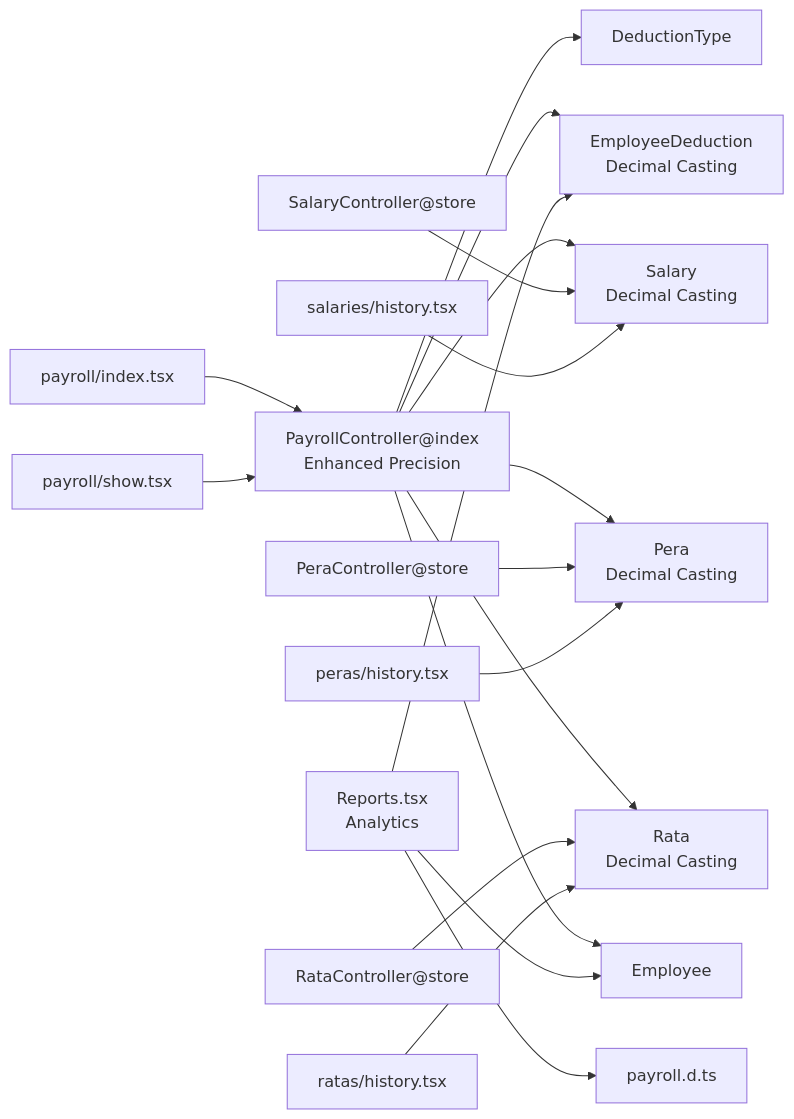
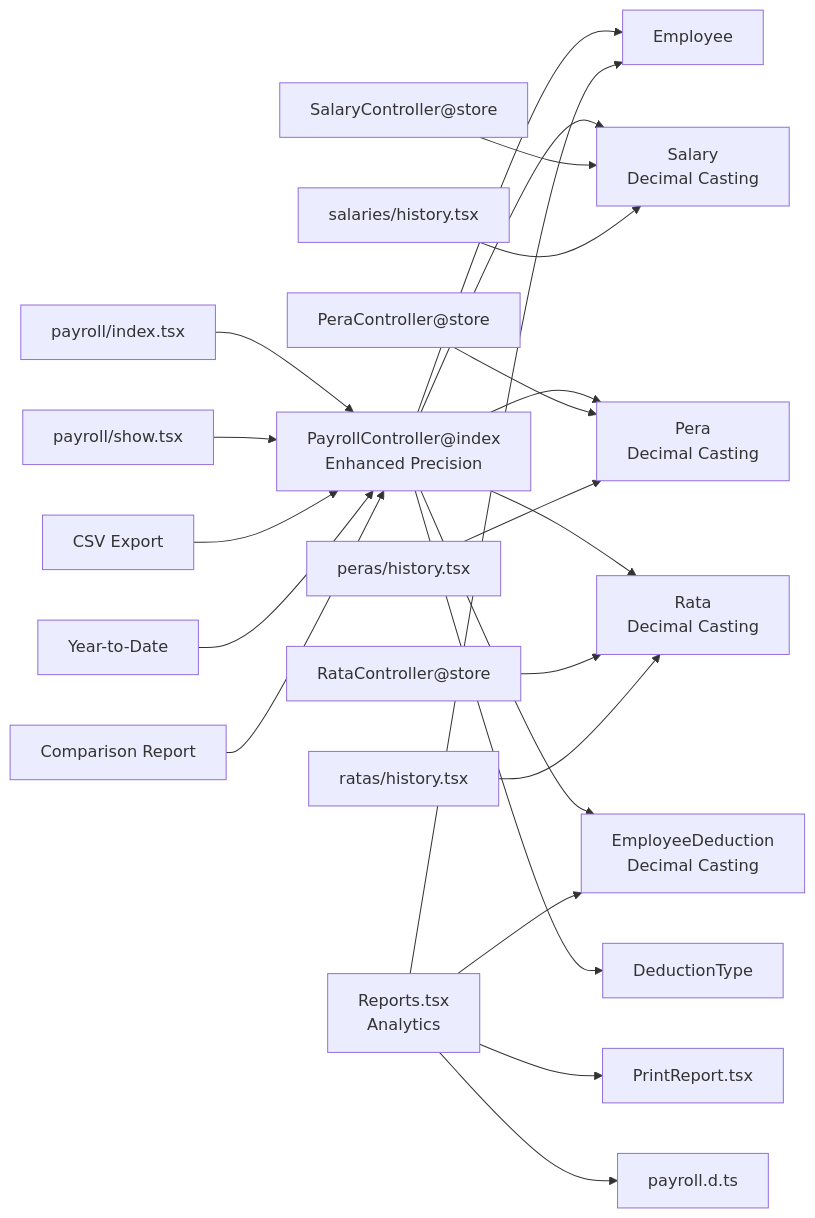
Diagram 11 of 11 in .qoder/repowiki/en/content/Payroll System/Payroll System.md (vincet0t15/template), drawn with Mermaid before and after one commit. The commit also changed other lines of this file and 6 other files, not shown here.

````diff
--- a/.qoder/repowiki/en/content/Payroll System/Payroll System.md
+++ b/.qoder/repowiki/en/content/Payroll System/Payroll System.md
@@ -602,20 +735,24 @@
 ```mermaid
 graph LR
 PI["payroll/index.tsx"] --> PC["PayrollController@index<br/>Enhanced Precision"]
 PS["payroll/show.tsx"] --> PC
 PC --> EM["Employee"]
 PC --> SM["Salary<br/>Decimal Casting"]
 PC --> PM["Pera<br/>Decimal Casting"]
 PC --> RM["Rata<br/>Decimal Casting"]
 PC --> EDM["EmployeeDeduction<br/>Decimal Casting"]
 PC --> DM["DeductionType"]
 SC["SalaryController@store"] --> SM
 PEC["PeraController@store"] --> PM
 RC["RataController@store"] --> RM
+PCSV["CSV Export"] --> PC
+PYTD["Year-to-Date"] --> PC
+PCOMP["Comparison Report"] --> PC
 REP["Reports.tsx<br/>Analytics"] --> EM
 REP --> EDM
+REP --> PR["PrintReport.tsx"]
 REP --> PT["payroll.d.ts"]
 SH["salaries/history.tsx"] --> SM
 PH["peras/history.tsx"] --> PM
 RH["ratas/history.tsx"] --> RM
 ```
````
